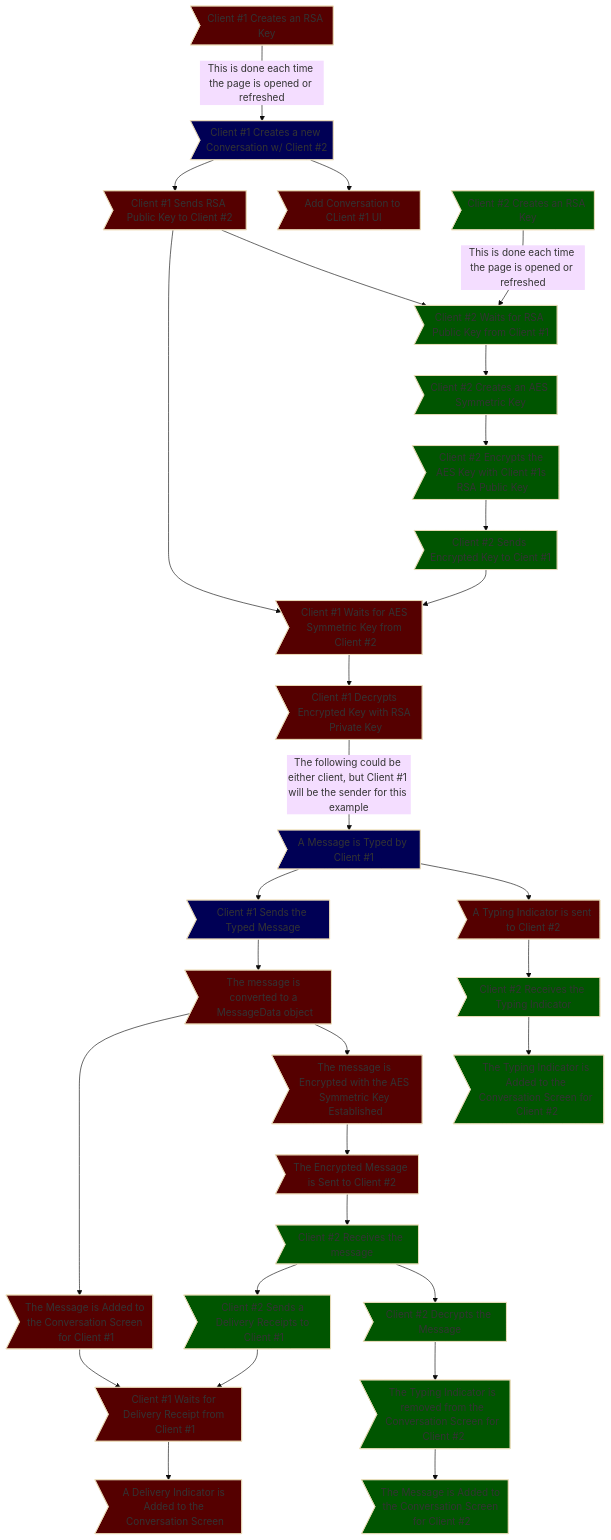
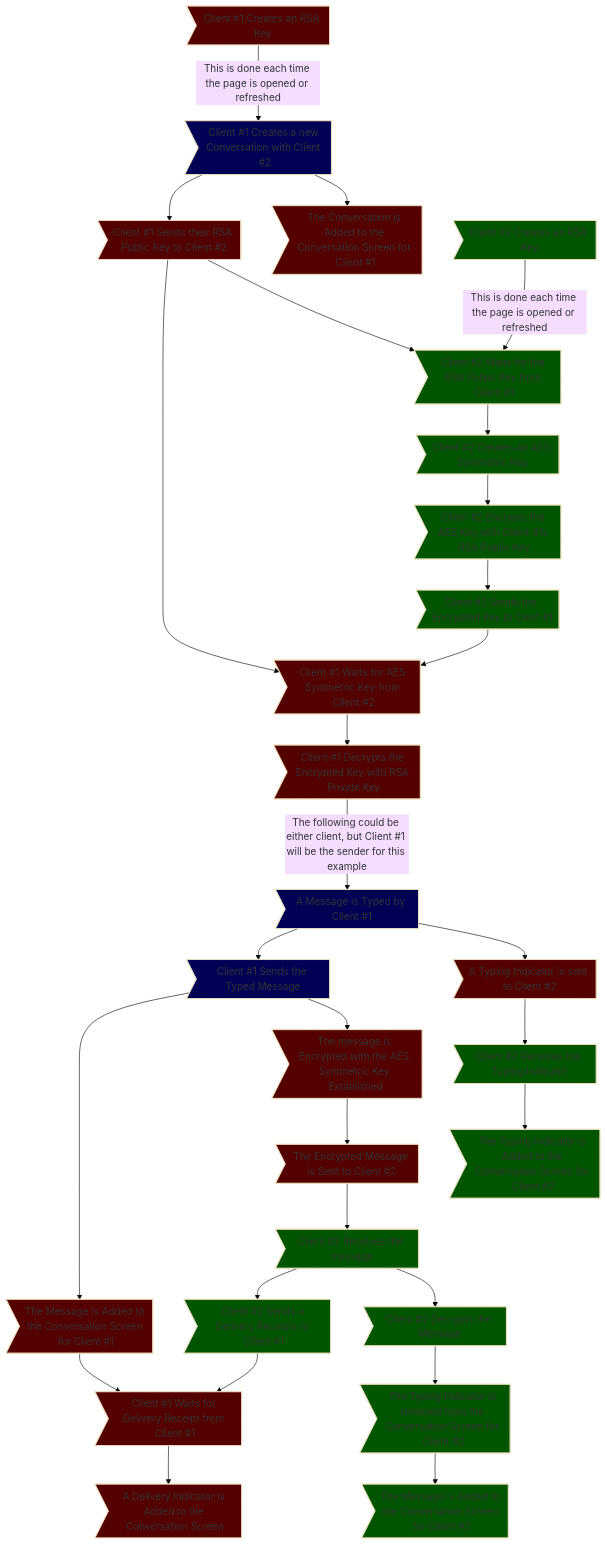
One commit to xXCrash2BomberXx/TinyChat changed the diagram in README.md. Above: the diagram before and after it, drawn with Mermaid (base theme). The commit also changed other lines of this file, not shown here.

````diff
--- a/README.md
+++ b/README.md
@@ -96,38 +95,37 @@
 ```mermaid
 graph TB;
-  A>Client #1 Creates an RSA Key] --> |This is done each time the page is opened or refreshed| B>Client #1 Creates a new Conversation w/ Client #2];
-  B --> D>Add Conversation to CLient #1 UI];
-  B --> E>Client #1 Sends RSA Public Key to Client #2];
-  F>Client #2 Creates an RSA Key] --> |This is done each time the page is opened or refreshed| G>Client #2 Waits for RSA Public Key from Client #1];
+  A>Client #1 Creates an RSA Key] --> |This is done each time the page is opened or refreshed| B>Client #1 Creates a new Conversation with Client #2];
+  B --> D>The Conversation is Added to the Conversation Screen for Client #1];
+  B --> E>Client #1 Sends their RSA Public Key to Client #2];
+  F>Client #2 Creates an RSA Key] --> |This is done each time the page is opened or refreshed| G>Client #2 Waits for the RSA Public Key from Client #1];
   E --> G;
   G --> H>Client #2 Creates an AES Symmetric Key];
   H -->I>Client #2 Encrypts the AES Key with Client #1s RSA Public Key];
-  I -->J>Client #2 Sends Encrypted Key to Cient #1];
+  I -->J>Client #2 Sends the Encrypted Key to Cient #1];
   E --> K>Client #1 Waits for AES Symmetric Key from Client #2];
   J --> K;
-  K --> L>Client #1 Decrypts Encrypted Key with RSA Private Key];
+  K --> L>Client #1 Decrypts the Encrypted Key with RSA Private Key];
+  L --> |The following could be either client, but Client #1 will be the sender for this example| M>A Message is Typed by Client #1];
   M --> W>A Typing Indicator is sent to Client #2];
   W --> X>Client #2 Receives the Typing Indicator];
   X --> Y>The Typing Indicator is Added to the Conversation Screen for Client #2];
   M --> Z>Client #1 Sends the Typed Message];
-  L --> |The following could be either client, but Client #1 will be the sender for this example| M>A Message is Typed by Client #1];
-  Z --> C>The message is converted to a MessageData object];
-  C --> N>The message is Encrypted with the AES Symmetric Key Established];
+  Z --> N>The message is Encrypted with the AES Symmetric Key Established];
   N --> O>The Encrypted Message is Sent to Client #2];
-  C --> Q>The Message is Added to the Conversation Screen for Client #1];
+  Z --> Q>The Message is Added to the Conversation Screen for Client #1];
   Q --> R>Client #1 Waits for Delivery Receipt from Client #1];
   R --> V>A Delivery Indicator is Added to the Conversation Screen];
   O --> P>Client #2 Receives the message];
   P --> S>Client #2 Decrypts the Message];
-  S --> AA>The Typing Indicator is removed from the Conversation Screen for Client #2];
-  AA --> T>The Message is Added to the Conversation Screen for Client #2];
+  S --> C>The Typing Indicator is removed from the Conversation Screen for Client #2];
+  C --> T>The Message is Added to the Conversation Screen for Client #2];
   P --> U>Client #2 Sends a Delivery Receipts to Client #1];
   U --> R;
 
   classDef c1 fill:#500
   classDef c2 fill:#050
   classDef user fill:#005
   class A,C,D,E,K,L,M,N,O,Q,R,V,W c1;
-  class F,G,H,I,J,P,S,T,U,X,Y,AA c2;
+  class F,G,H,I,J,P,S,T,U,X,Y,C c2;
   class B,M,Z user;
 ```
````
